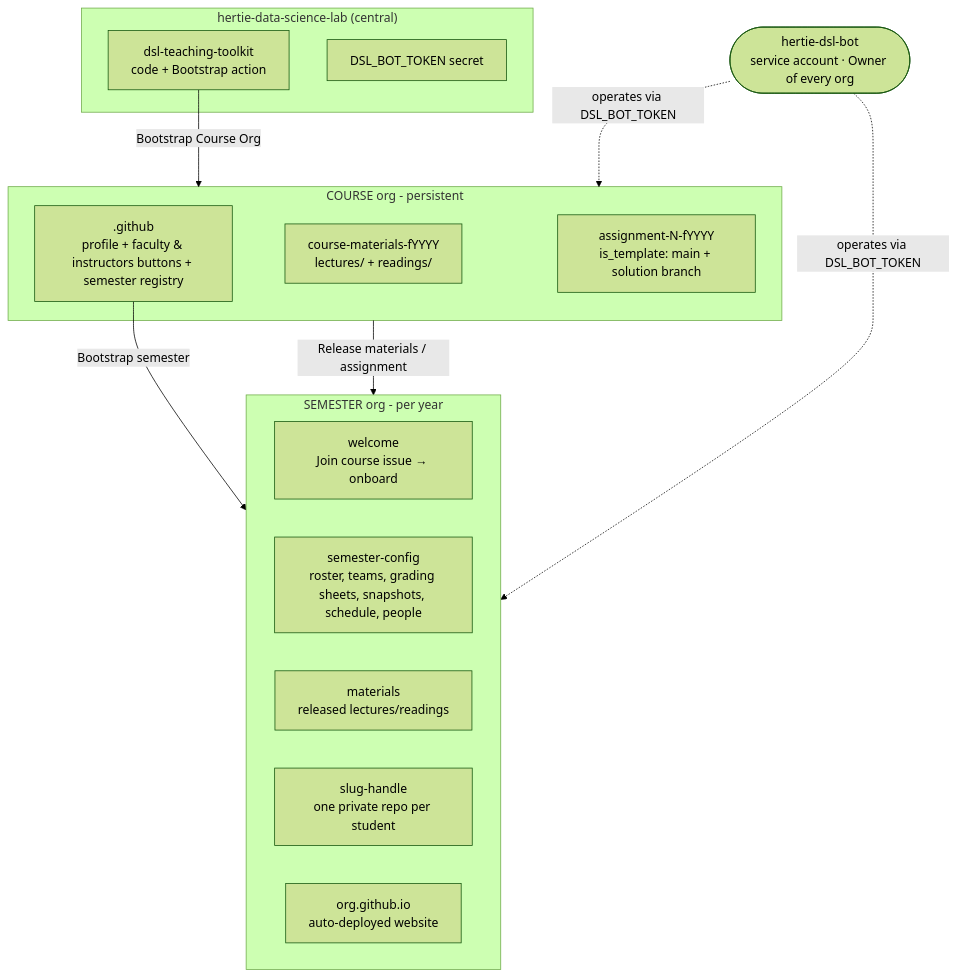
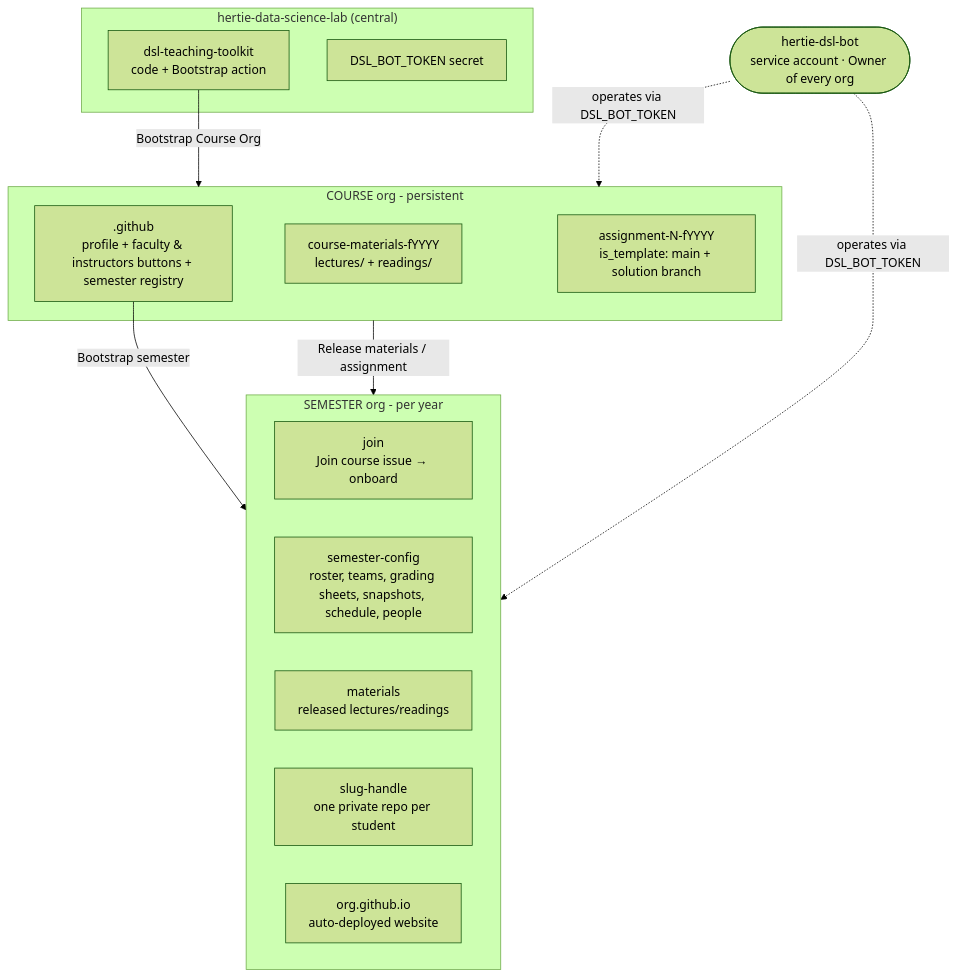
The first of 10 diagrams in docs-admin-arch/architecture.md (hertie-data-science-lab/dsl-teaching-toolkit), drawn with Mermaid (forest theme) before and after one commit. The commit also changed other lines of this file and 71 other files, not shown here.

Commit message:
refactor(layout): rename the welcome repo to join

````diff
--- a/docs-admin-arch/architecture.md
+++ b/docs-admin-arch/architecture.md
@@ -34,35 +34,35 @@
 ```mermaid
 flowchart TB
   subgraph central["hertie-data-science-lab (central)"]
     repo["`dsl-teaching-toolkit
 code + Bootstrap action`"]
     sec["DSL_BOT_TOKEN secret"]
   end
   bot(["`hertie-dsl-bot
 service account · Owner of every org`"])
   subgraph course["COURSE org - persistent"]
     cg["`.github
 profile + faculty & instructors buttons + semester registry`"]
     mat["`course-materials-fYYYY
 lectures/ + readings/`"]
     asg["`assignment-N-fYYYY
 is_template: main + solution branch`"]
   end
   subgraph semester["SEMESTER org - per year"]
-    wel["`welcome
+    wel["`join
 Join course issue → onboard`"]
     ros["`semester-config
 roster, teams, grading sheets, snapshots, schedule, people`"]
     cmat["`materials
 released lectures/readings`"]
     stu["`slug-handle
 one private repo per student`"]
     site["`org.github.io
 auto-deployed website`"]
   end
   repo -->|"Bootstrap Course Org"| course
   cg -->|"Bootstrap semester"| semester
   course -->|"Release materials / assignment"| semester
   bot -.->|"operates via DSL_BOT_TOKEN"| course
   bot -.->|"operates via DSL_BOT_TOKEN"| semester
 ```
````
